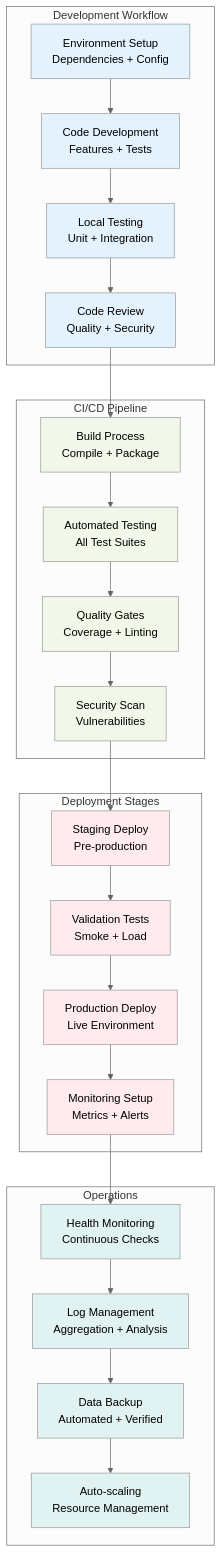
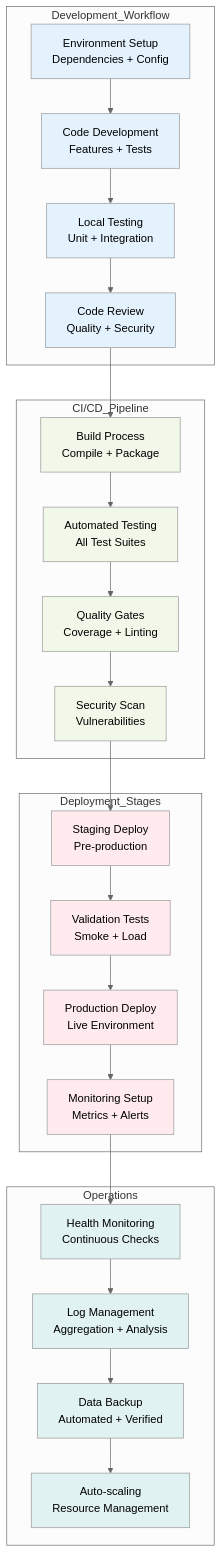
Before and after one commit to tanm-sys/build: the tenth of 11 diagrams in decentralized-ai-simulation/docs/PROJECT_OVERVIEW.md, drawn with Mermaid (neutral theme). The commit also changed other lines of this file and 5 other files, not shown here.

Commit message:
Fix Mermaid diagram parse errors in Markdown files (resolve LINK token issues on line 29 and others)

````diff
--- a/decentralized-ai-simulation/docs/PROJECT_OVERVIEW.md
+++ b/decentralized-ai-simulation/docs/PROJECT_OVERVIEW.md
@@ -965,63 +965,63 @@
 ```mermaid
 flowchart TD
-    subgraph "Development Workflow"
+    subgraph "Development_Workflow"
         SETUP[Environment Setup<br/>Dependencies + Config]
         CODE[Code Development<br/>Features + Tests]
         LOCAL[Local Testing<br/>Unit + Integration]
         REVIEW[Code Review<br/>Quality + Security]
     end
 
-    subgraph "CI/CD Pipeline"
+    subgraph "CI/CD_Pipeline"
         BUILD[Build Process<br/>Compile + Package]
         TEST[Automated Testing<br/>All Test Suites]
         QUALITY[Quality Gates<br/>Coverage + Linting]
         SECURITY[Security Scan<br/>Vulnerabilities]
     end
 
-    subgraph "Deployment Stages"
+    subgraph "Deployment_Stages"
         STAGING[Staging Deploy<br/>Pre-production]
         VALIDATE[Validation Tests<br/>Smoke + Load]
         PRODUCTION[Production Deploy<br/>Live Environment]
         MONITOR[Monitoring Setup<br/>Metrics + Alerts]
     end
 
     subgraph "Operations"
         HEALTH[Health Monitoring<br/>Continuous Checks]
         LOGGING[Log Management<br/>Aggregation + Analysis]
         BACKUP[Data Backup<br/>Automated + Verified]
         SCALE[Auto-scaling<br/>Resource Management]
     end
 
     SETUP --> CODE
     CODE --> LOCAL
     LOCAL --> REVIEW
     REVIEW --> BUILD
     BUILD --> TEST
     TEST --> QUALITY
     QUALITY --> SECURITY
     SECURITY --> STAGING
     STAGING --> VALIDATE
     VALIDATE --> PRODUCTION
     PRODUCTION --> MONITOR
     MONITOR --> HEALTH
     HEALTH --> LOGGING
     LOGGING --> BACKUP
     BACKUP --> SCALE
 
     style SETUP fill:#e3f2fd
     style CODE fill:#e3f2fd
     style LOCAL fill:#e3f2fd
     style REVIEW fill:#e3f2fd
     style BUILD fill:#f1f8e9
     style TEST fill:#f1f8e9
     style QUALITY fill:#f1f8e9
     style SECURITY fill:#f1f8e9
     style STAGING fill:#ffebee
     style VALIDATE fill:#ffebee
     style PRODUCTION fill:#ffebee
     style MONITOR fill:#ffebee
     style HEALTH fill:#e0f2f1
     style LOGGING fill:#e0f2f1
     style BACKUP fill:#e0f2f1
     style SCALE fill:#e0f2f1
 ```
````
